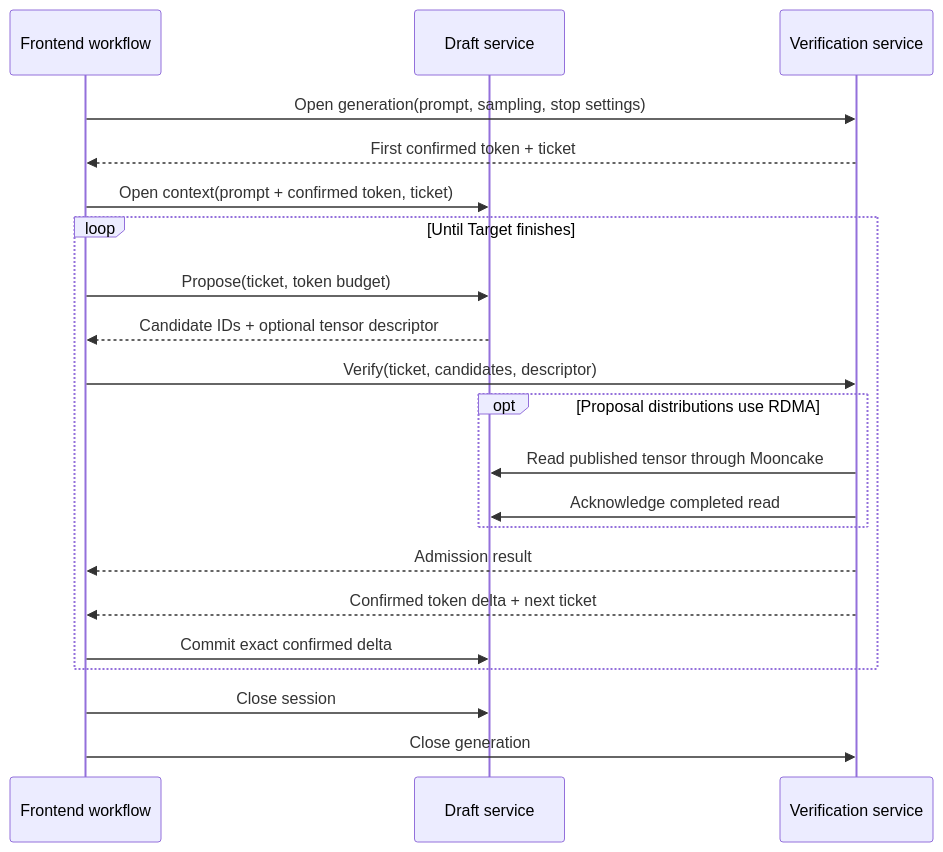
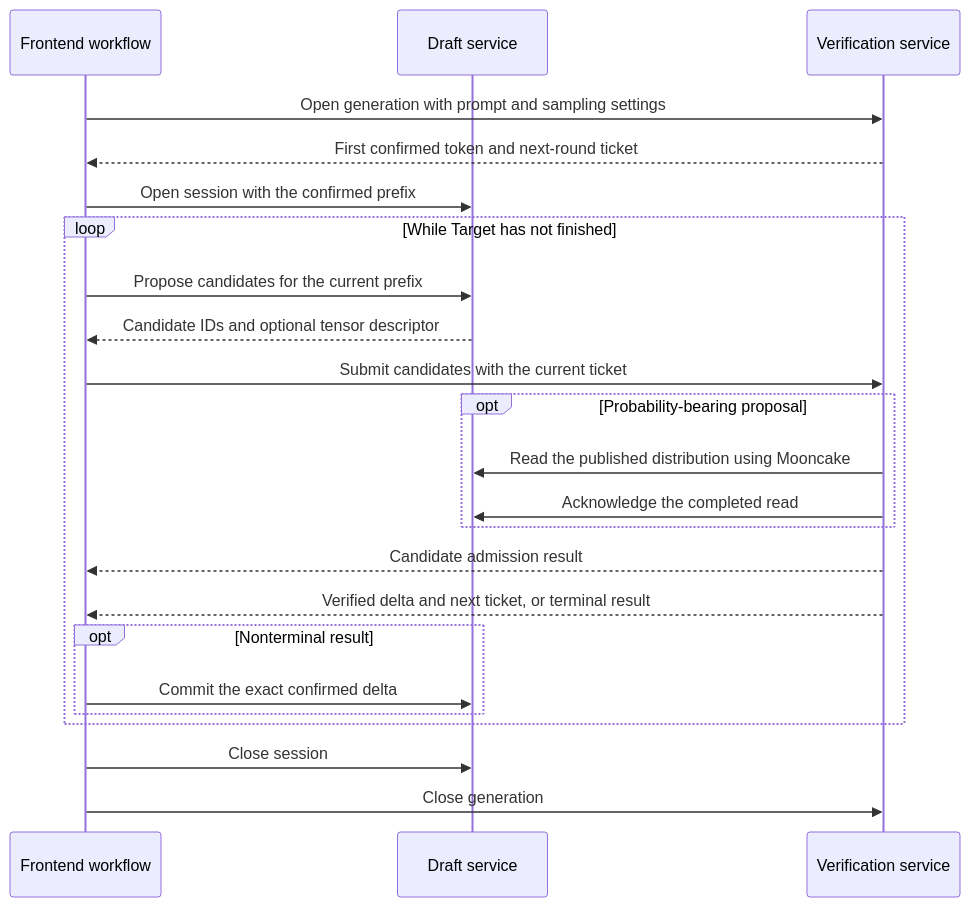
Before and after one commit to shiweijiezero/foretoken: the diagram in docs/proposals/draft-target-disaggregation.md, drawn with Mermaid. The commit also changed other lines of this file, not shown here.

Commit message:
docs(dt): explain design through the request lifecycle

````diff
--- a/docs/proposals/draft-target-disaggregation.md
+++ b/docs/proposals/draft-target-disaggregation.md
@@ -153,23 +144,25 @@
 ```mermaid
 sequenceDiagram
     participant F as Frontend workflow
     participant D as Draft service
     participant T as Verification service
-    F->>T: Open generation(prompt, sampling, stop settings)
-    T-->>F: First confirmed token + ticket
-    F->>D: Open context(prompt + confirmed token, ticket)
-    loop Until Target finishes
-        F->>D: Propose(ticket, token budget)
-        D-->>F: Candidate IDs + optional tensor descriptor
-        F->>T: Verify(ticket, candidates, descriptor)
-        opt Proposal distributions use RDMA
-            T->>D: Read published tensor through Mooncake
-            T->>D: Acknowledge completed read
+    F->>T: Open generation with prompt and sampling settings
+    T-->>F: First confirmed token and next-round ticket
+    F->>D: Open session with the confirmed prefix
+    loop While Target has not finished
+        F->>D: Propose candidates for the current prefix
+        D-->>F: Candidate IDs and optional tensor descriptor
+        F->>T: Submit candidates with the current ticket
+        opt Probability-bearing proposal
+            T->>D: Read the published distribution using Mooncake
+            T->>D: Acknowledge the completed read
         end
-        T-->>F: Admission result
-        T-->>F: Confirmed token delta + next ticket
-        F->>D: Commit exact confirmed delta
+        T-->>F: Candidate admission result
+        T-->>F: Verified delta and next ticket, or terminal result
+        opt Nonterminal result
+            F->>D: Commit the exact confirmed delta
+        end
     end
     F->>D: Close session
     F->>T: Close generation
 ```
````
